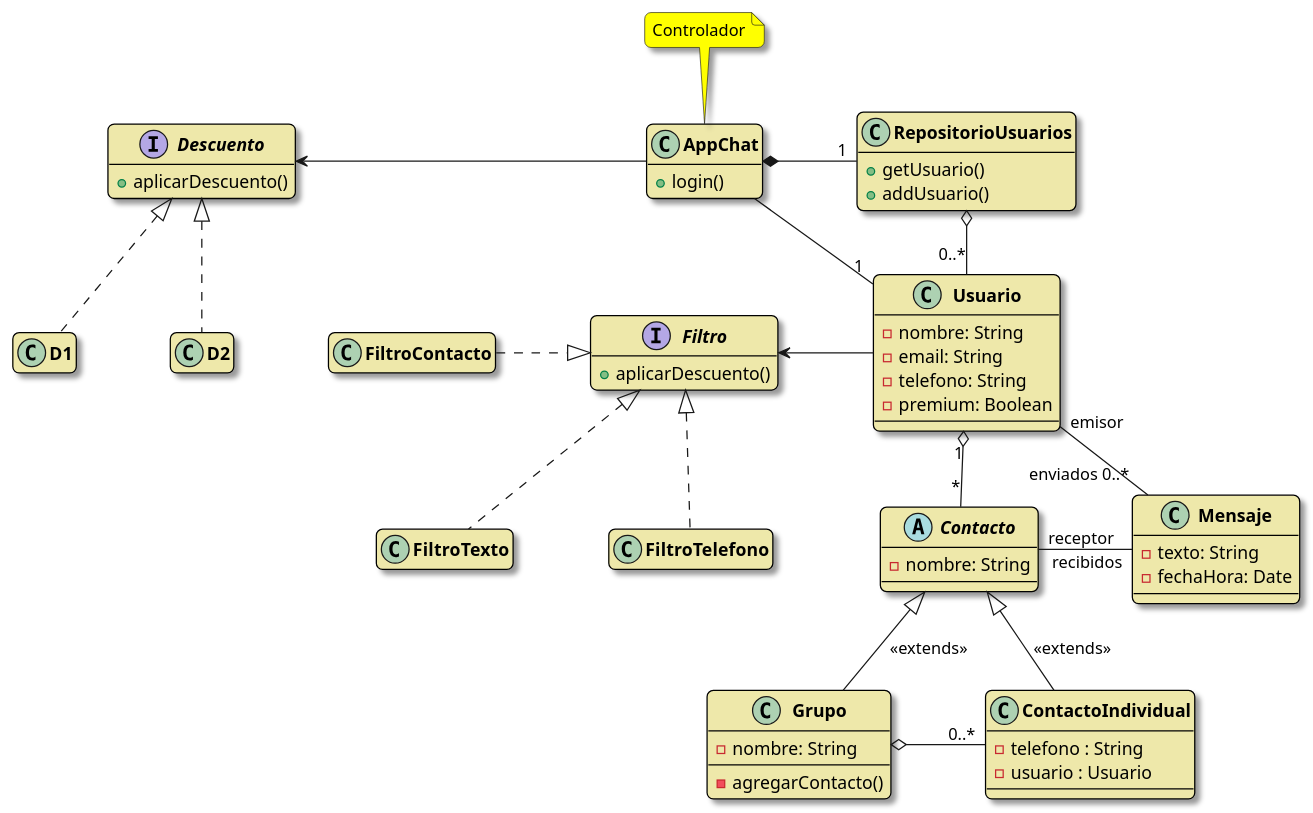
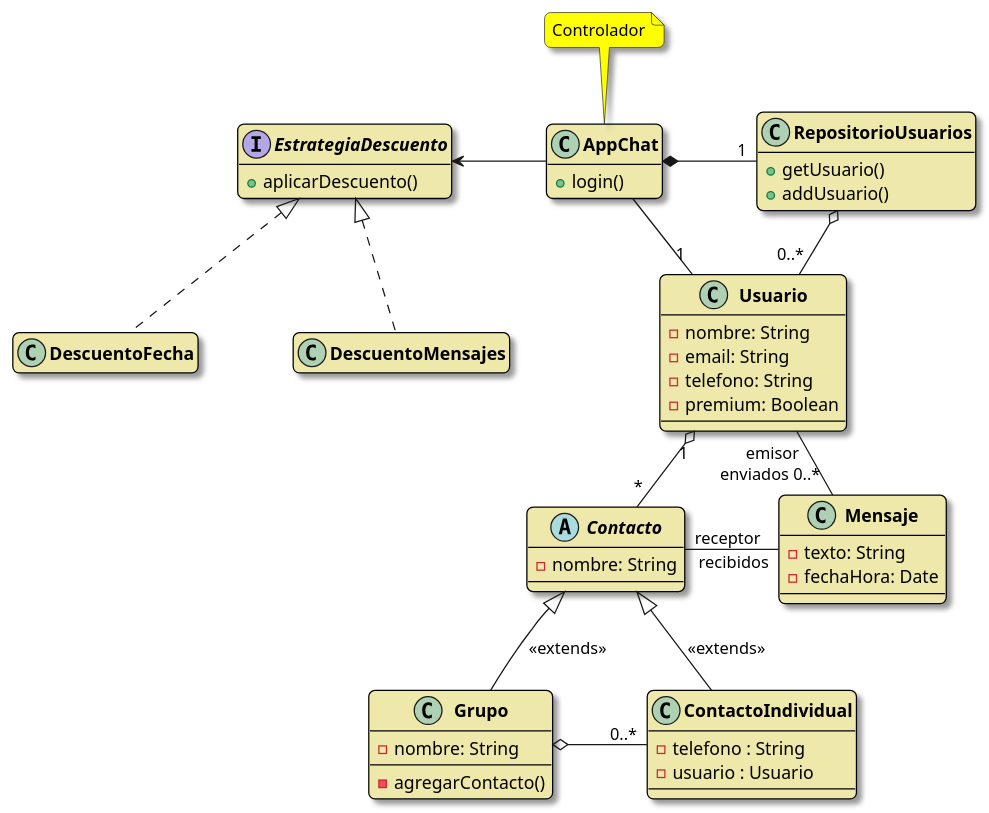
The diagram in docs/modelo/clases.puml (hsanchezm7/AppChat), drawn with PlantUML before and after one commit. The commit also changed 38 other files, not shown here.

```diff
--- a/docs/modelo/clases.puml
+++ b/docs/modelo/clases.puml
@@ -1,107 +1,87 @@
 @startuml AppChat
 
 skinparam DefaultFontName Helvetica
 skinparam classBackgroundColor PaleGoldenrod
 skinparam classBorderColor Black
 skinparam classBorderThickness 1
 skinparam classFontStyle bold
 skinparam noteBackgroundColor Yellow
 skinparam shadowing true
 skinparam roundCorner 10
 skinparam nodesep 75
 skinparam ranksep 50
 
-interface Descuento {
+interface EstrategiaDescuento {
     + aplicarDescuento()
 }
 
-Descuento <|.. D1
-Descuento <|.. D2
+EstrategiaDescuento <|.. DescuentoFecha
+EstrategiaDescuento <|.. DescuentoMensajes
 
 class AppChat {
     +login()
 }
 
 hide AppChat attributes
 note top of AppChat : Controlador
-AppChat -left->  Descuento
+AppChat -left-> EstrategiaDescuento
 
 class RepositorioUsuarios {
     +getUsuario()
     +addUsuario()
 }
 
 hide RepositorioUsuarios attributes
 AppChat *-right- "1" RepositorioUsuarios
 
 class Usuario {
     - nombre: String
     - email: String
     - telefono: String
     - premium: Boolean
 }
 
 RepositorioUsuarios o-- "0..*" Usuario
 
 AppChat -- "1" Usuario
 
 abstract class Contacto {
     - nombre: String
 }
 
 Usuario "1" o-down- "*" Contacto
 
 class Grupo {
     - nombre: String
     - agregarContacto()
 }
 
 class Mensaje {
     - texto: String
     - fechaHora: Date
 }
 
 class ContactoIndividual {
     - telefono : String
     - usuario : Usuario
 }
 
 Contacto <|-- Grupo : <<extends>>
 
 Contacto <|-- ContactoIndividual : <<extends>>
 
 Contacto "receptor" -right- "recibidos" Mensaje
 
 Usuario "emisor" -- "enviados 0..*" Mensaje
 
 Grupo o-right- "0..*" ContactoIndividual
 
-interface Filtro {
-    + aplicarDescuento()
-}
+hide DescuentoFecha attributes
+hide DescuentoFecha methods
 
-Filtro  <|.. FiltroTexto
-Filtro  <|.left. FiltroContacto
-Filtro  <|.. FiltroTelefono
+hide DescuentoMensajes attributes
+hide DescuentoMensajes methods
 
-hide FiltroTexto attributes
-hide FiltroTexto methods
-
-hide FiltroContacto attributes
-hide FiltroContacto methods
-
-hide FiltroTelefono attributes
-hide FiltroTelefono methods
-
-Usuario -left->  Filtro
-
-hide D1 attributes
-hide D1 methods
-
-hide D2 attributes
-hide D2 methods
-
-hide Descuento attributes
-hide Filtro attributes
+hide EstrategiaDescuento attributes
 
 @enduml
```
